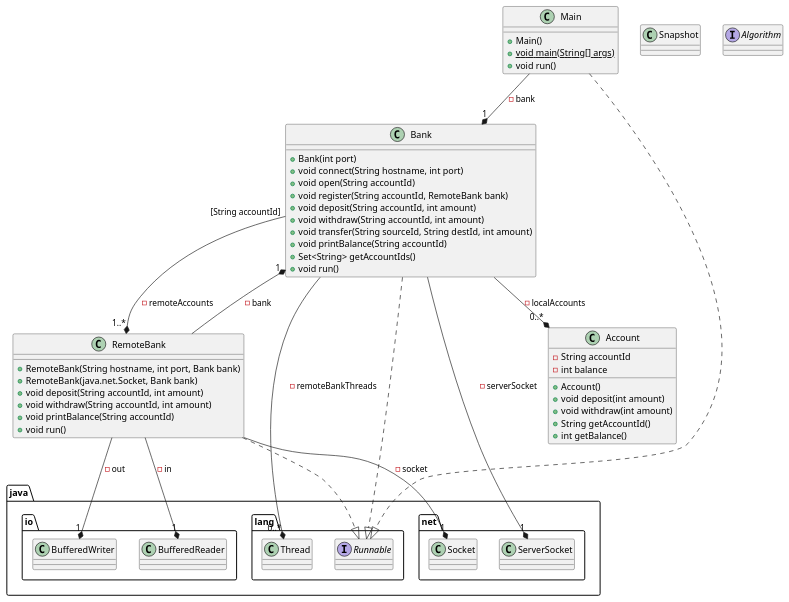
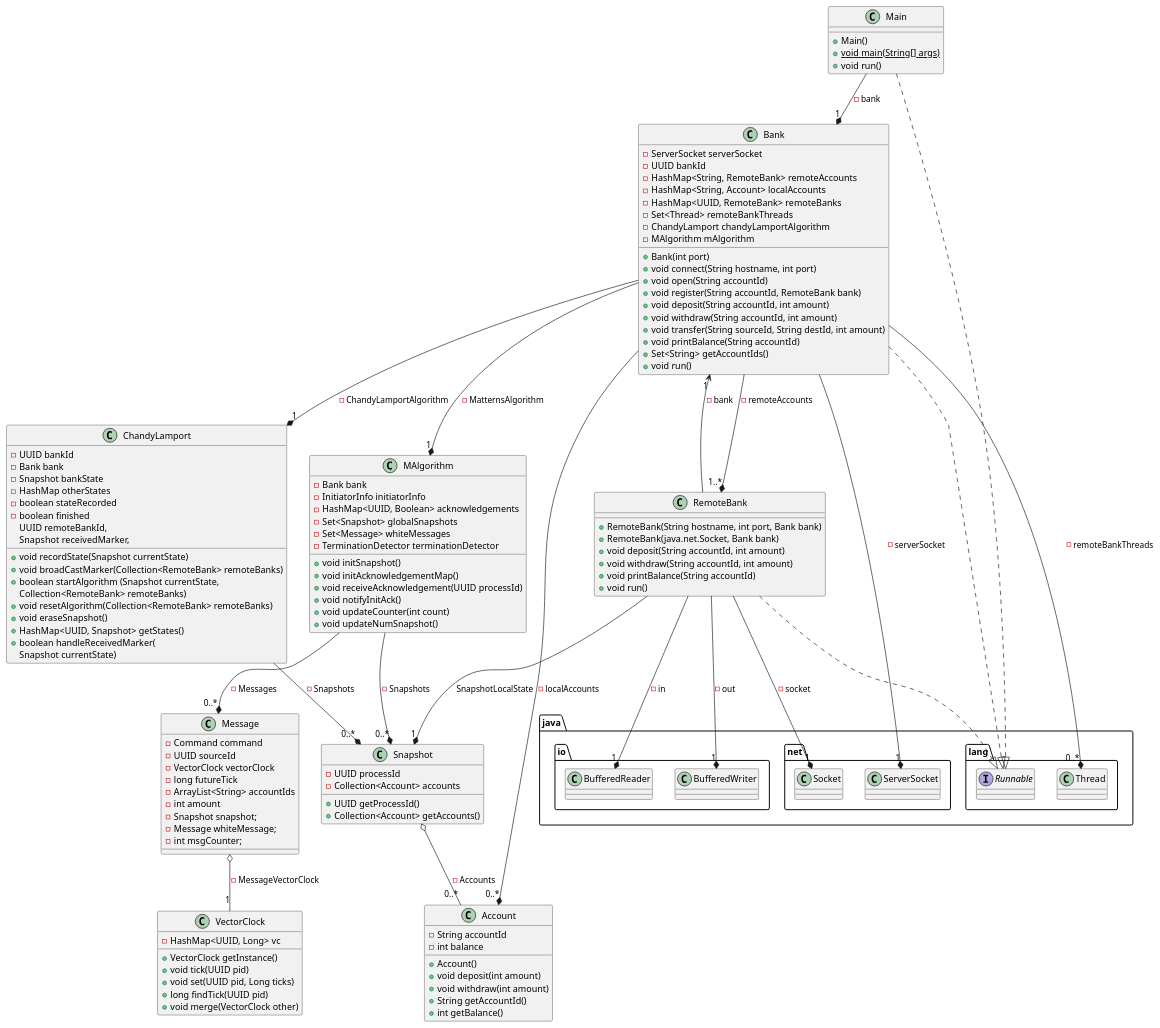
Before and after one commit to omjadas/distributed-banking: the diagram in docs/classes.puml, drawn with PlantUML.

Commit message:
feat: arch update

```diff
--- a/docs/classes.puml
+++ b/docs/classes.puml
@@ -1,61 +1,140 @@
 @startuml P2P Bank
 class Main {
     + Main()
     + {static} void main(String[] args)
     + void run()
 }
 
 class Bank {
+    - ServerSocket serverSocket
+    - UUID bankId
+    - HashMap<String, RemoteBank> remoteAccounts
+    - HashMap<String, Account> localAccounts
+    - HashMap<UUID, RemoteBank> remoteBanks
+    - Set<Thread> remoteBankThreads
+    - ChandyLamport chandyLamportAlgorithm
+    - MAlgorithm mAlgorithm
     + Bank(int port)
     + void connect(String hostname, int port)
     + void open(String accountId)
     + void register(String accountId, RemoteBank bank)
     + void deposit(String accountId, int amount)
     + void withdraw(String accountId, int amount)
     + void transfer(String sourceId, String destId, int amount)
     + void printBalance(String accountId)
     + Set<String> getAccountIds()
     + void run()
 }
 
 class RemoteBank {
     + RemoteBank(String hostname, int port, Bank bank)
     + RemoteBank(java.net.Socket, Bank bank)
     + void deposit(String accountId, int amount)
     + void withdraw(String accountId, int amount)
     + void printBalance(String accountId)
     + void run()
 }
 
 class Account {
     - String accountId
     - int balance
     + Account()
     + void deposit(int amount)
     + void withdraw(int amount)
     + String getAccountId()
     + int getBalance()
 }
 
 class Snapshot {
+    - UUID processId
+    - Collection<Account> accounts
+    + UUID getProcessId()
+    + Collection<Account> getAccounts()
+}
+
+class ChandyLamport {
+    - UUID bankId
+    - Bank bank
+    - Snapshot bankState
+    - HashMap otherStates
+    - boolean stateRecorded
+    - boolean finished
+    + void recordState(Snapshot currentState)
+    + void broadCastMarker(Collection<RemoteBank> remoteBanks)
+    + boolean startAlgorithm (Snapshot currentState,
+        Collection<RemoteBank> remoteBanks)
+    + void resetAlgorithm(Collection<RemoteBank> remoteBanks)
+    + void eraseSnapshot()
+    + HashMap<UUID, Snapshot> getStates()
+    + boolean handleReceivedMarker(
+            UUID remoteBankId,
+            Snapshot receivedMarker,
+            Snapshot currentState)
+}
+
+class MAlgorithm {
+    - Bank bank
+    - InitiatorInfo initiatorInfo
+    - HashMap<UUID, Boolean> acknowledgements
+    - Set<Snapshot> globalSnapshots
+    - Set<Message> whiteMessages
+    - TerminationDetector terminationDetector
+    + void initSnapshot()
+    + void initAcknowledgementMap()
+    + void receiveAcknowledgement(UUID processId)
+    + void notifyInitAck()
+    + void updateCounter(int count)
+    + void updateNumSnapshot()
+}
+
+class Message {
+    - Command command
+    - UUID sourceId
+    - VectorClock vectorClock
+    - long futureTick
+    - ArrayList<String> accountIds
+    - int amount
+    - Snapshot snapshot;
+    - Message whiteMessage;
+    - int msgCounter;
+}
+
+class VectorClock {
+    - HashMap<UUID, Long> vc
+    + VectorClock getInstance()
+    + void tick(UUID pid)
+    + void set(UUID pid, Long ticks)
+    + long findTick(UUID pid)
+    + void merge(VectorClock other)
 }
 
 interface java.lang.Runnable
-interface Algorithm
 
 Main --* "1" Bank : - bank
 Main ..|> java.lang.Runnable
 
 Bank --* "1" java.net.ServerSocket : - serverSocket
 Bank --* "0..*" Account : - localAccounts
 Bank --* "0..*" java.lang.Thread : - remoteBankThreads
-Bank "[String accountId]" --* "1..*" RemoteBank : - remoteAccounts
+Bank --* "1..*" RemoteBank : - remoteAccounts
 Bank ..|> java.lang.Runnable
 
+Bank --* "1" ChandyLamport : - ChandyLamportAlgorithm
+Bank --* "1" MAlgorithm : - MatternsAlgorithm
+
 RemoteBank --* "1" java.net.Socket : - socket
-RemoteBank --* "1" Bank : - bank
+RemoteBank --> "1" Bank : - bank
 RemoteBank --* "1" java.io.BufferedReader : - in
 RemoteBank --* "1" java.io.BufferedWriter : - out
 RemoteBank ..|> java.lang.Runnable
+RemoteBank --* "1" Snapshot : SnapshotLocalState
+
+ChandyLamport --* "0..*" Snapshot : - Snapshots
+MAlgorithm --* "0..*" Snapshot : - Snapshots
+MAlgorithm --* "0..*" Message : - Messages
+
+Snapshot o-- "0..*" Account : - Accounts
+
+Message o-- "1" VectorClock : - MessageVectorClock
 
 @enduml
```
